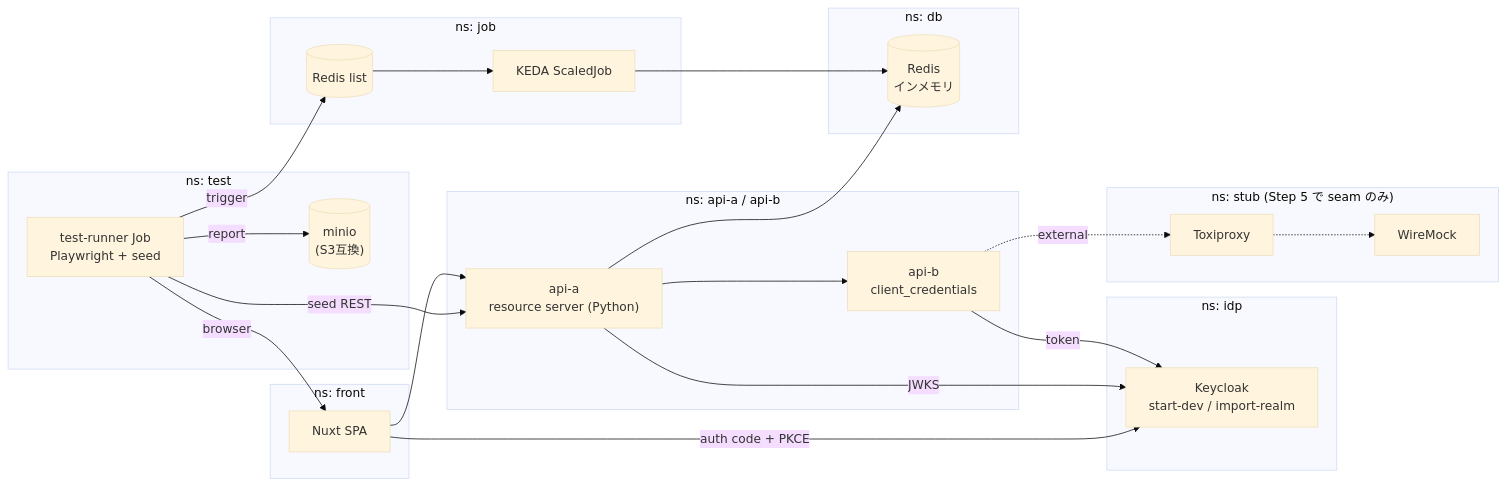
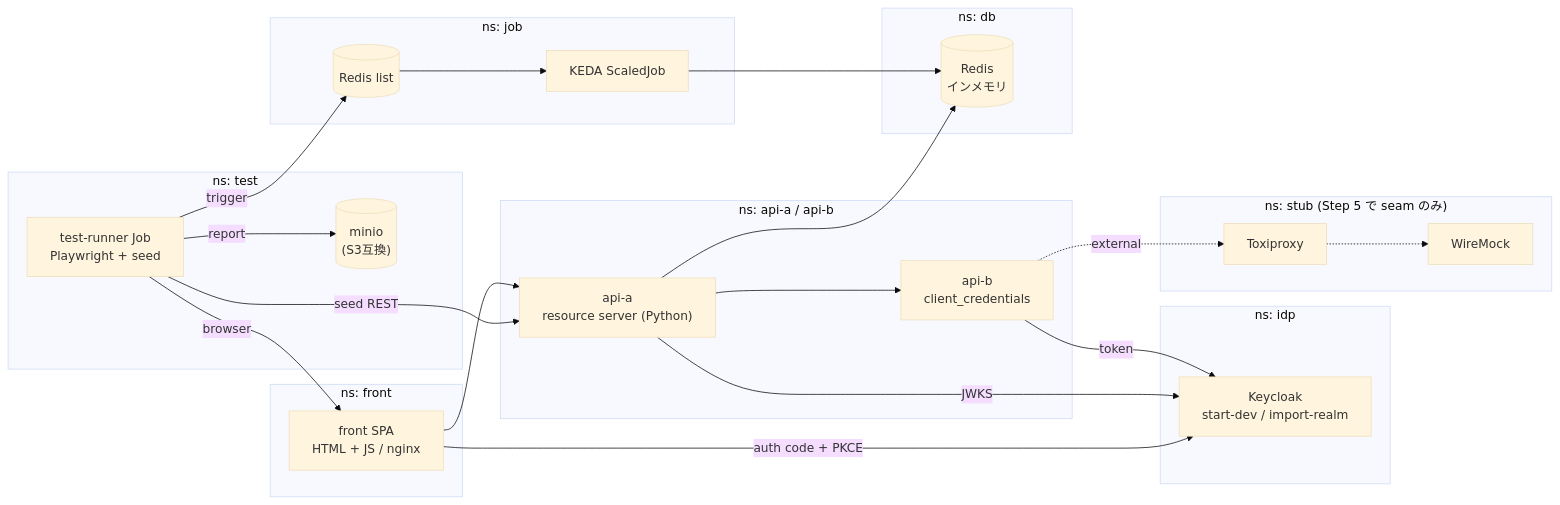
Before and after one commit to mori-akira/k8s-test-harness-lab: the diagram in doc/architecture.md, drawn with Mermaid (base theme). The commit also changed other lines of this file and 21 other files, not shown here.

First line of the commit message:
Step 4: front (HTML + JS の SPA) と認可コード + PKCE を追加

````diff
--- a/doc/architecture.md
+++ b/doc/architecture.md
@@ -5,49 +5,49 @@
 ```mermaid
 flowchart LR
   subgraph ns_test["ns: test"]
     TR["test-runner Job<br/>Playwright + seed"]
     MINIO[("minio<br/>(S3互換)")]
   end
 
   subgraph ns_idp["ns: idp"]
     KC["Keycloak<br/>start-dev / import-realm"]
   end
 
   subgraph ns_front["ns: front"]
-    FE["Nuxt SPA"]
+    FE["front SPA<br/>HTML + JS / nginx"]
   end
 
   subgraph ns_api["ns: api-a / api-b"]
     A["api-a<br/>resource server (Python)"]
     B["api-b<br/>client_credentials"]
   end
 
   subgraph ns_job["ns: job"]
     RQ[("Redis list")]
     SJ["KEDA ScaledJob"]
   end
 
   subgraph ns_db["ns: db"]
     DB[("Redis<br/>インメモリ")]
   end
 
   subgraph ns_stub["ns: stub (Step 5 で seam のみ)"]
     TX["Toxiproxy"]
     WM["WireMock"]
   end
 
   TR -->|browser| FE
   TR -->|seed REST| A
   TR -->|trigger| RQ
   TR -->|report| MINIO
   FE -->|"auth code + PKCE"| KC
   FE --> A
   A -->|JWKS| KC
   A --> DB
   A --> B
   B -->|token| KC
   B -.->|external| TX
   TX -.-> WM
   RQ --> SJ
   SJ --> DB
 ```
````
